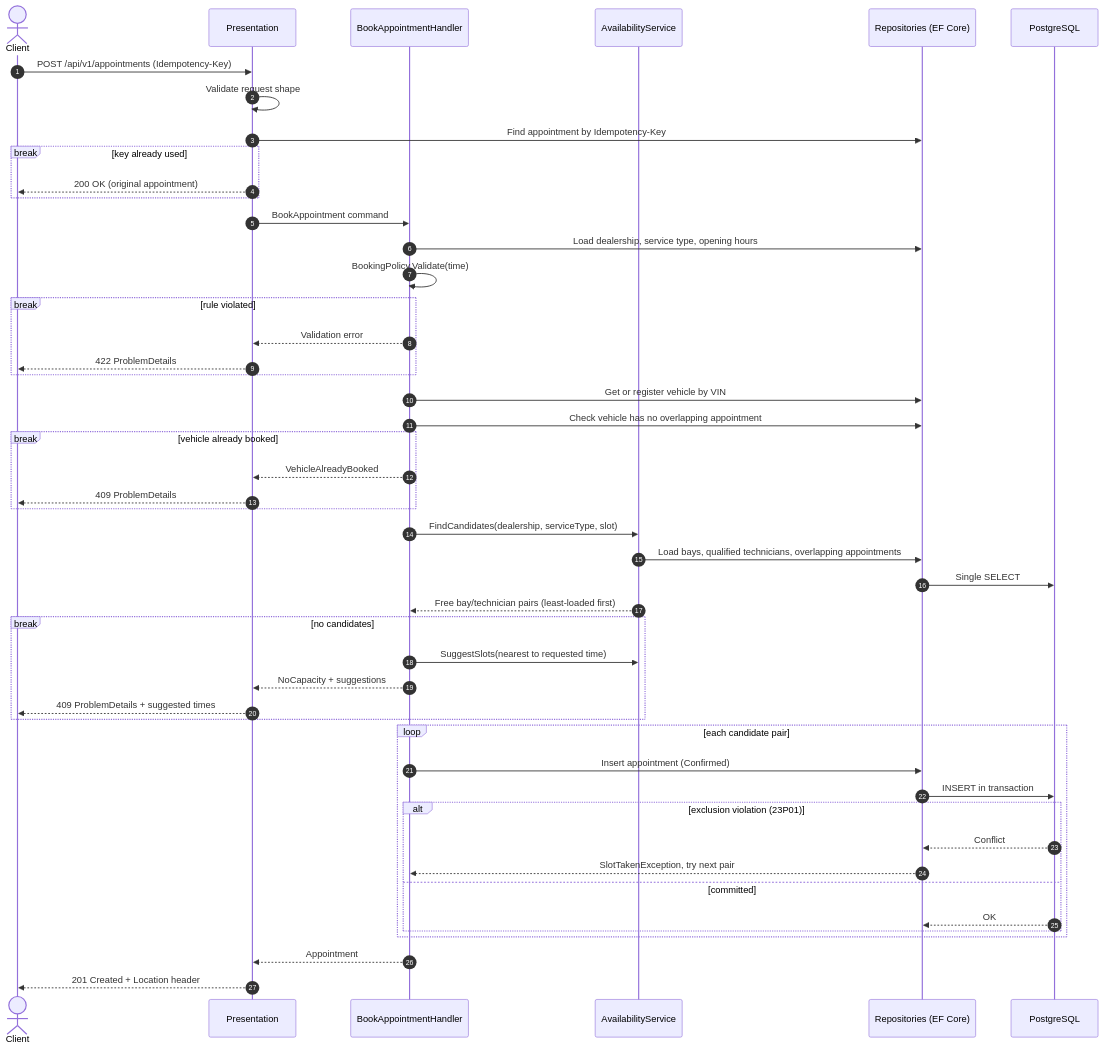
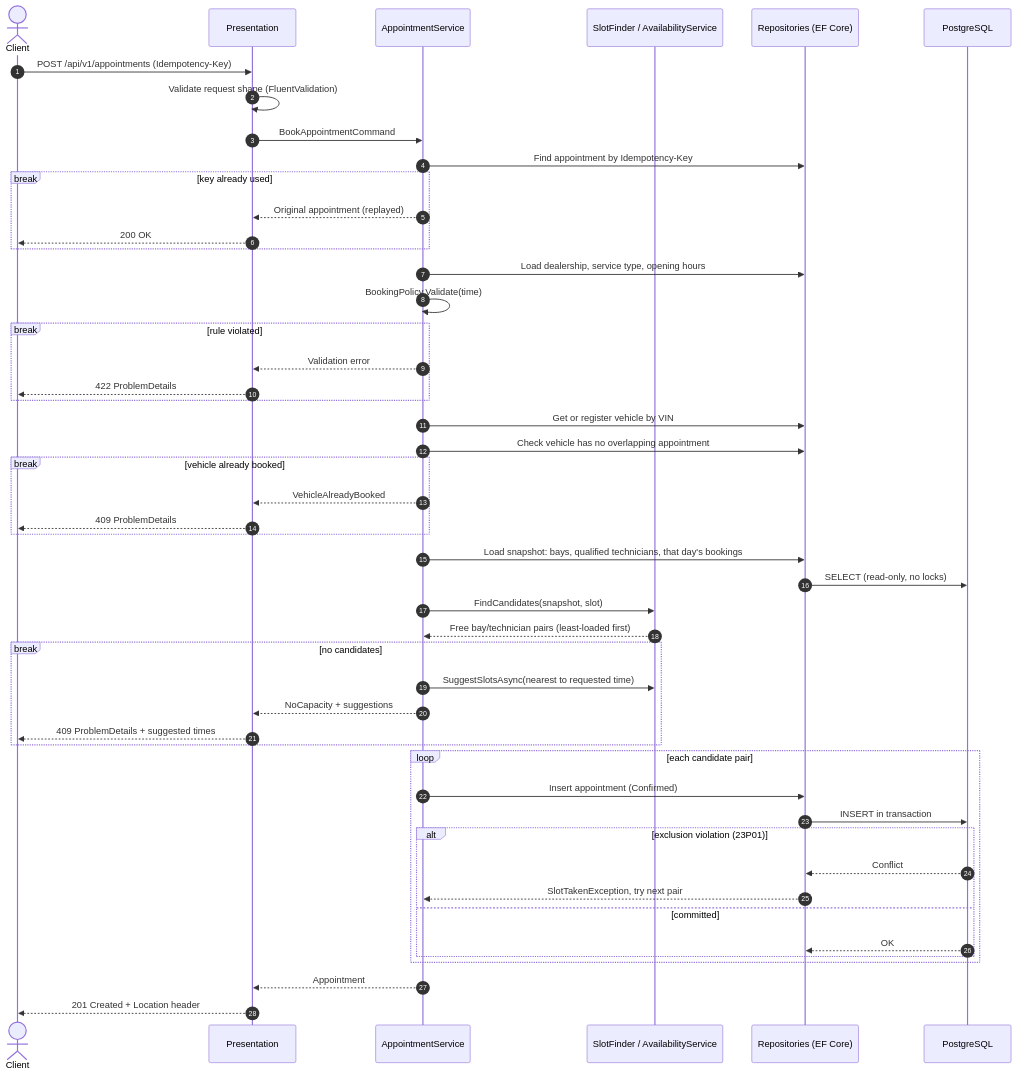
Before and after one commit to THKhai/dealership-service-scheduler: the fifth of 5 diagrams in Docs/System-design.md, drawn with Mermaid. The commit also changed other lines of this file and 4 other files, not shown here.

````diff
--- a/Docs/System-design.md
+++ b/Docs/System-design.md
@@ -231,60 +231,61 @@
 ```mermaid
 sequenceDiagram
     autonumber
     actor Client
     participant Presentation
-    participant Handler as BookAppointmentHandler
-    participant Availability as AvailabilityService
+    participant Handler as AppointmentService
+    participant Availability as SlotFinder / AvailabilityService
     participant Repositories as Repositories (EF Core)
     participant PostgreSQL
 
     Client->>Presentation: POST /api/v1/appointments (Idempotency-Key)
-    Presentation->>Presentation: Validate request shape
-    Presentation->>Repositories: Find appointment by Idempotency-Key
+    Presentation->>Presentation: Validate request shape (FluentValidation)
+    Presentation->>Handler: BookAppointmentCommand
+    Handler->>Repositories: Find appointment by Idempotency-Key
 
     break key already used
-        Presentation-->>Client: 200 OK (original appointment)
+        Handler-->>Presentation: Original appointment (replayed)
+        Presentation-->>Client: 200 OK
     end
 
-    Presentation->>Handler: BookAppointment command
     Handler->>Repositories: Load dealership, service type, opening hours
     Handler->>Handler: BookingPolicy.Validate(time)
 
     break rule violated
         Handler-->>Presentation: Validation error
         Presentation-->>Client: 422 ProblemDetails
     end
 
     Handler->>Repositories: Get or register vehicle by VIN
     Handler->>Repositories: Check vehicle has no overlapping appointment
 
     break vehicle already booked
         Handler-->>Presentation: VehicleAlreadyBooked
         Presentation-->>Client: 409 ProblemDetails
     end
 
-    Handler->>Availability: FindCandidates(dealership, serviceType, slot)
-    Availability->>Repositories: Load bays, qualified technicians, overlapping appointments
-    Repositories->>PostgreSQL: Single SELECT
+    Handler->>Repositories: Load snapshot: bays, qualified technicians, that day's bookings
+    Repositories->>PostgreSQL: SELECT (read-only, no locks)
+    Handler->>Availability: FindCandidates(snapshot, slot)
     Availability-->>Handler: Free bay/technician pairs (least-loaded first)
 
     break no candidates
-        Handler->>Availability: SuggestSlots(nearest to requested time)
+        Handler->>Availability: SuggestSlotsAsync(nearest to requested time)
         Handler-->>Presentation: NoCapacity + suggestions
         Presentation-->>Client: 409 ProblemDetails + suggested times
     end
 
     loop each candidate pair
         Handler->>Repositories: Insert appointment (Confirmed)
         Repositories->>PostgreSQL: INSERT in transaction
         alt exclusion violation (23P01)
             PostgreSQL-->>Repositories: Conflict
             Repositories-->>Handler: SlotTakenException, try next pair
         else committed
             PostgreSQL-->>Repositories: OK
         end
     end
 
     Handler-->>Presentation: Appointment
     Presentation-->>Client: 201 Created + Location header
 ```
````
